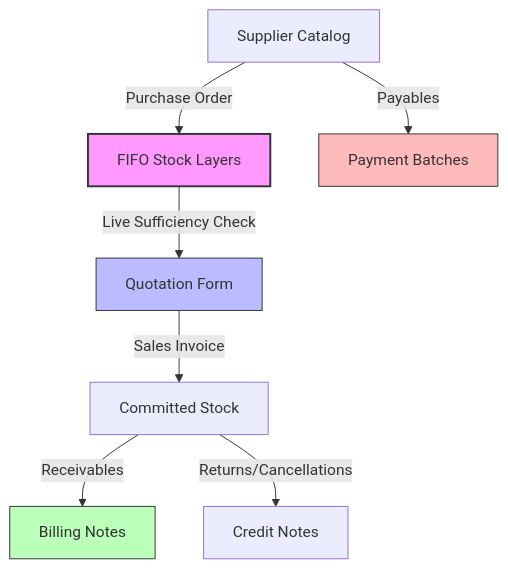
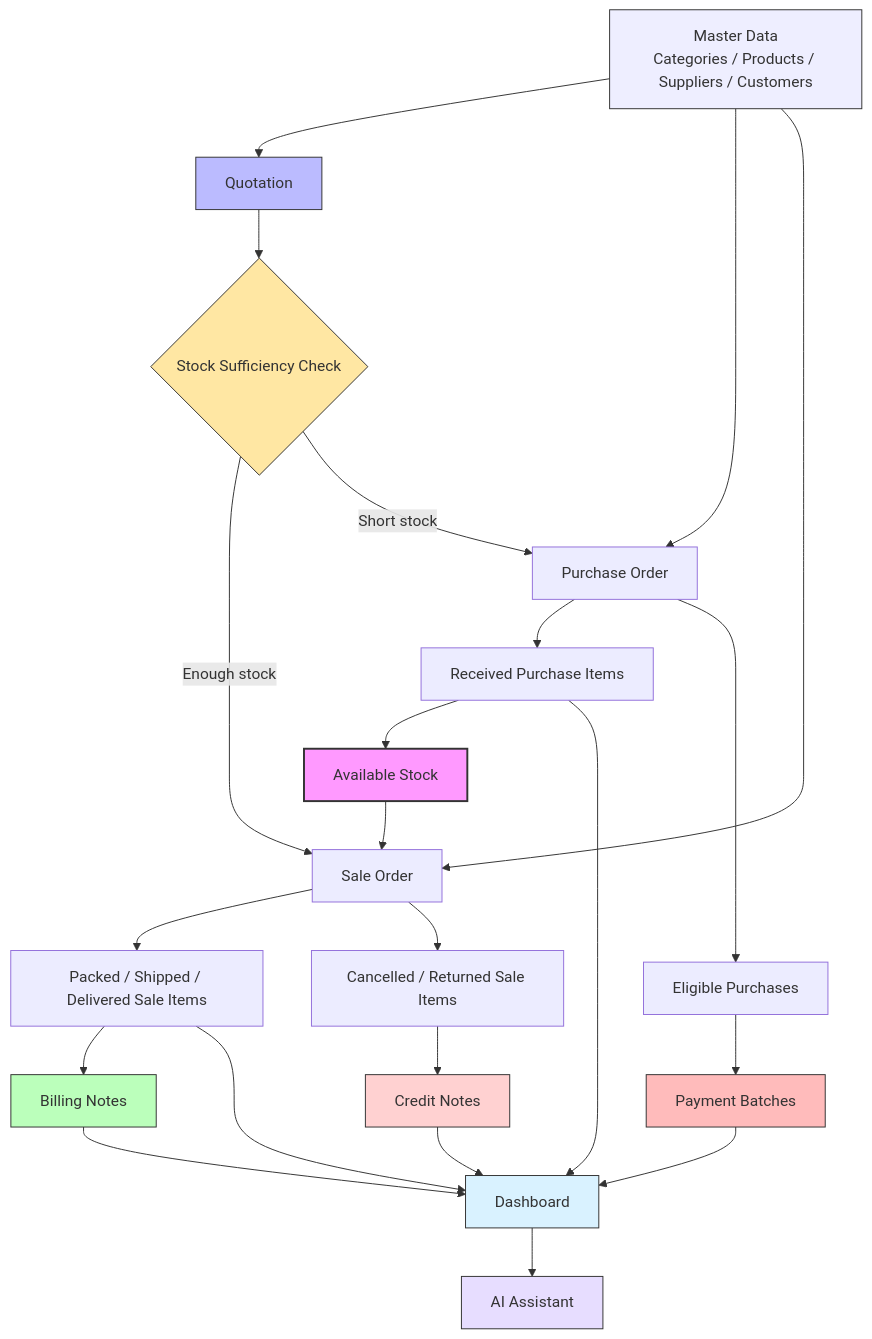
The diagram in README.md (Pannawish/Bridge-Inventory), drawn with Mermaid before and after one commit.

Commit message:
replaced the Mermaid graph with a workflow that matches the repo’s actual business rules

````diff
--- a/README.md
+++ b/README.md
@@ -49,14 +49,40 @@
 ```mermaid
 graph TD
-    A[Supplier Catalog] -->|Purchase Order| B[FIFO Stock Layers]
-    B -->|Live Sufficiency Check| C[Quotation Form]
-    C -->|Sales Invoice| D[Committed Stock]
-    D -->|Receivables| E[Billing Notes]
-    A -->|Payables| F[Payment Batches]
-    D -->|Returns/Cancellations| G[Credit Notes]
-    
-    style B fill:#f9f,stroke:#333,stroke-width:2px
-    style C fill:#bbf,stroke:#333,stroke-width:1px
-    style E fill:#bfb,stroke:#333,stroke-width:1px
-    style F fill:#fbb,stroke:#333,stroke-width:1px
+    A[Master Data<br/>Categories / Products / Suppliers / Customers] --> B[Quotation]
+    A --> D[Purchase Order]
+    A --> G[Sale Order]
+
+    B --> C{Stock Sufficiency Check}
+    C -->|Enough stock| G
+    C -->|Short stock| D
+
+    D --> E[Received Purchase Items]
+    E --> F[Available Stock]
+    F --> G
+
+    G --> H[Packed / Shipped / Delivered Sale Items]
+    H --> I[Billing Notes]
+
+    D --> J[Eligible Purchases]
+    J --> K[Payment Batches]
+
+    G --> L[Cancelled / Returned Sale Items]
+    L --> M[Credit Notes]
+
+    E --> N[Dashboard]
+    H --> N
+    I --> N
+    K --> N
+    M --> N
+    N --> O[AI Assistant]
+
+    style A fill:#eef,stroke:#333,stroke-width:1px
+    style B fill:#bbf,stroke:#333,stroke-width:1px
+    style C fill:#ffe7a3,stroke:#333,stroke-width:1px
+    style F fill:#f9f,stroke:#333,stroke-width:2px
+    style I fill:#bfb,stroke:#333,stroke-width:1px
+    style K fill:#fbb,stroke:#333,stroke-width:1px
+    style M fill:#ffd1d1,stroke:#333,stroke-width:1px
+    style N fill:#d9f2ff,stroke:#333,stroke-width:1px
+    style O fill:#e7ddff,stroke:#333,stroke-width:1px
 ```
````
